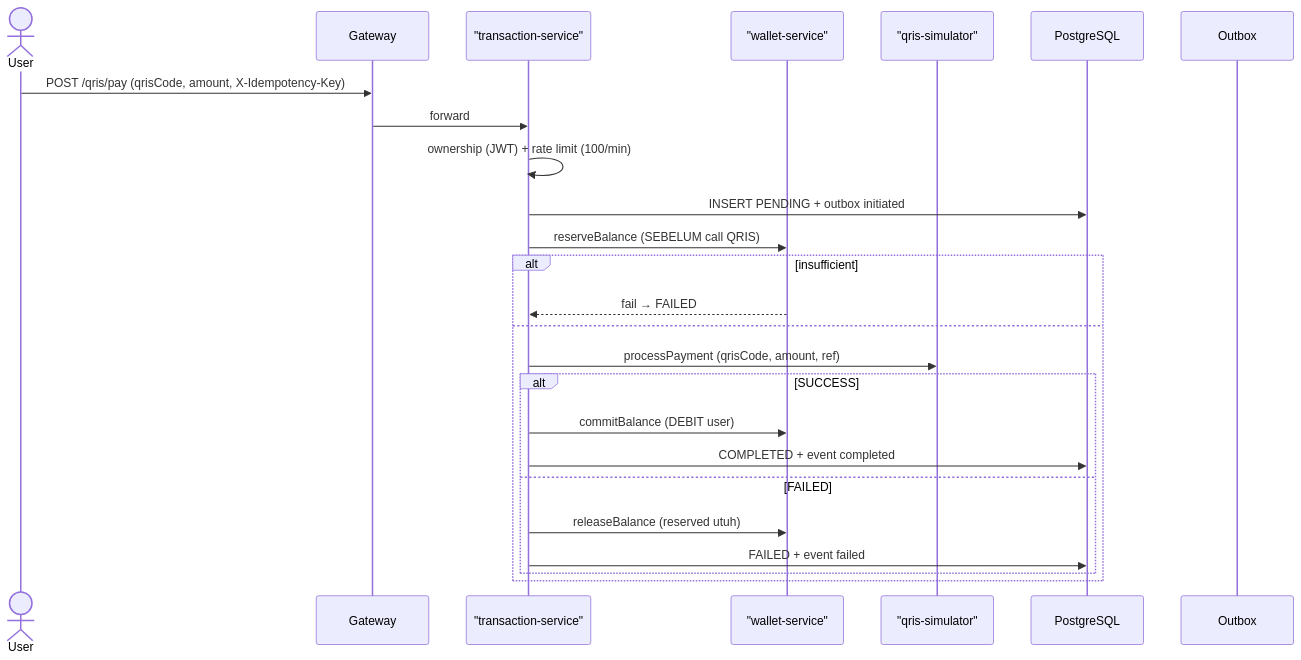
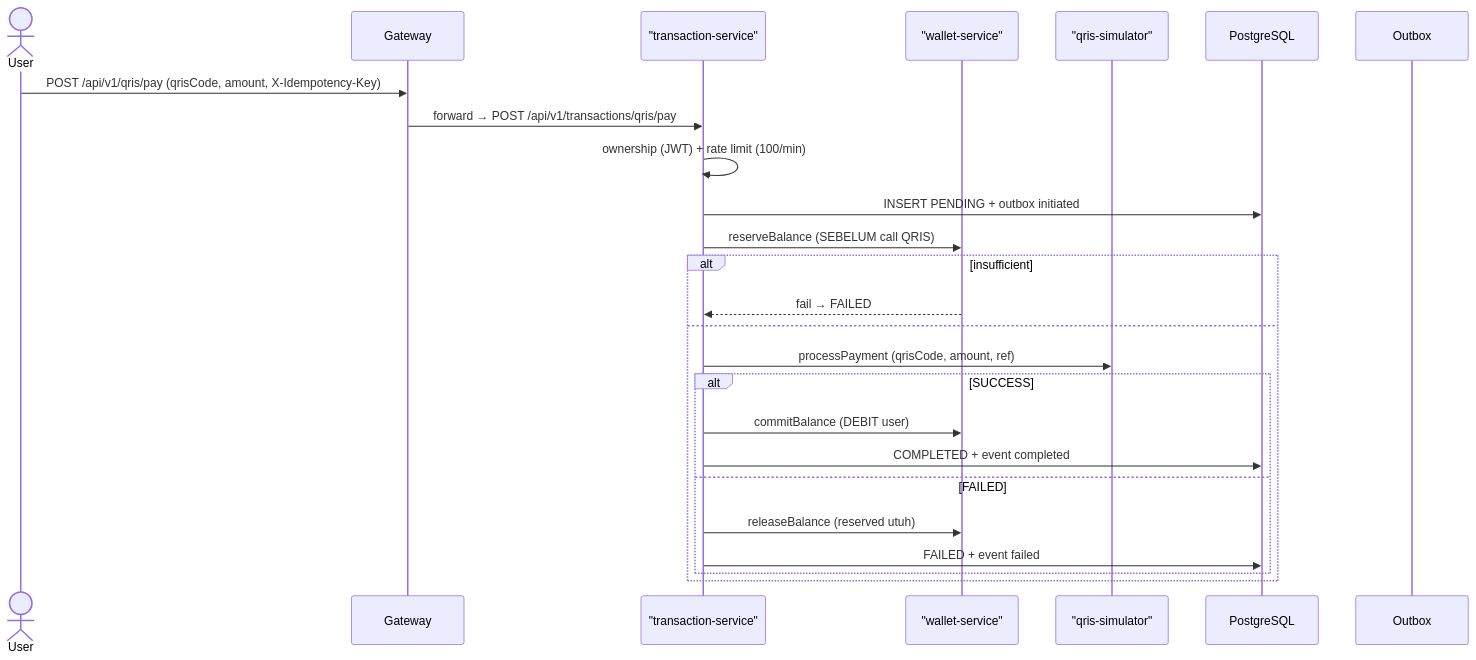
Before and after one commit to fajjarnr/payu: the eighth of 57 diagrams in docs/product/FLOWS.md, drawn with Mermaid. The commit also changed other lines of this file and 12 other files, not shown here.

````diff
--- a/docs/product/FLOWS.md
+++ b/docs/product/FLOWS.md
@@ -298,28 +298,28 @@
 ```mermaid
 sequenceDiagram
     actor U as User
     participant G as Gateway
     participant TX as "transaction-service"
     participant WL as "wallet-service"
     participant QR as "qris-simulator"
     participant DB as PostgreSQL
     participant OB as Outbox
 
-    U->>G: POST /qris/pay (qrisCode, amount, X-Idempotency-Key)
-    G->>TX: forward
+    U->>G: POST /api/v1/qris/pay (qrisCode, amount, X-Idempotency-Key)
+    G->>TX: forward → POST /api/v1/transactions/qris/pay
     TX->>TX: ownership (JWT) + rate limit (100/min)
     TX->>DB: INSERT PENDING + outbox initiated
     TX->>WL: reserveBalance (SEBELUM call QRIS)
     alt insufficient
         WL-->>TX: fail → FAILED
     else
         TX->>QR: processPayment (qrisCode, amount, ref)
         alt SUCCESS
             TX->>WL: commitBalance (DEBIT user)
             TX->>DB: COMPLETED + event completed
         else FAILED
             TX->>WL: releaseBalance (reserved utuh)
             TX->>DB: FAILED + event failed
         end
     end
 ```
````
